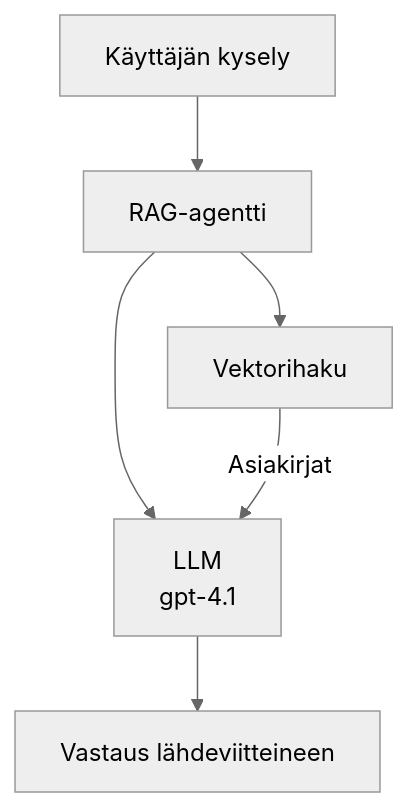
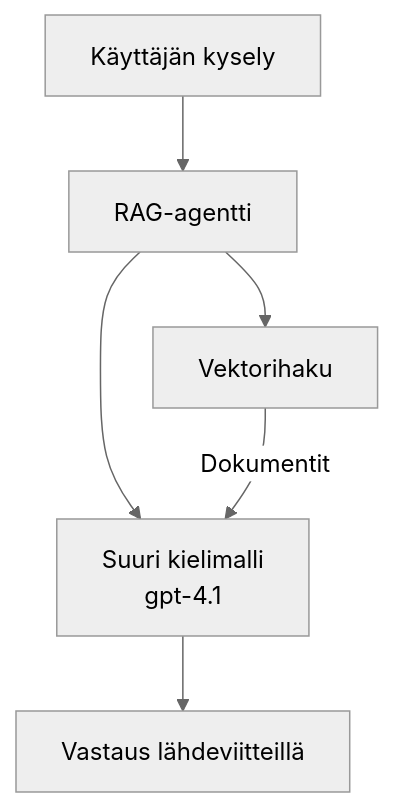
The second of 3 diagrams in translations/fi/docs/chapter-02-ai-development/agents.md (microsoft/AZD-for-beginners), drawn with Mermaid (neutral theme) before and after one commit. The commit also changed other lines of this file and 101 other files, not shown here.

````diff
--- a/translations/fi/docs/chapter-02-ai-development/agents.md
+++ b/translations/fi/docs/chapter-02-ai-development/agents.md
@@ -170,8 +175,8 @@
 ```mermaid
 graph TD
     Query[Käyttäjän kysely] --> RAG[RAG-agentti]
     RAG --> Vector[Vektorihaku]
-    RAG --> LLM[LLM<br/>gpt-4.1]
-    Vector -- Asiakirjat --> LLM
-    LLM --> Response[Vastaus lähdeviitteineen]
+    RAG --> LLM[Suuri kielimalli<br/>gpt-4.1]
+    Vector -- Dokumentit --> LLM
+    LLM --> Response[Vastaus lähdeviitteillä]
 ```
````
